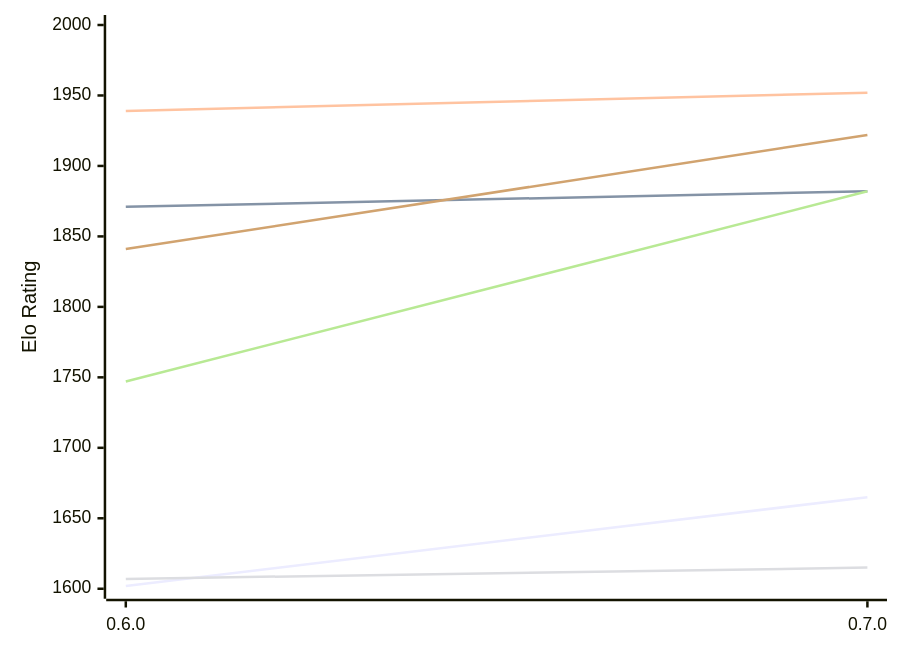
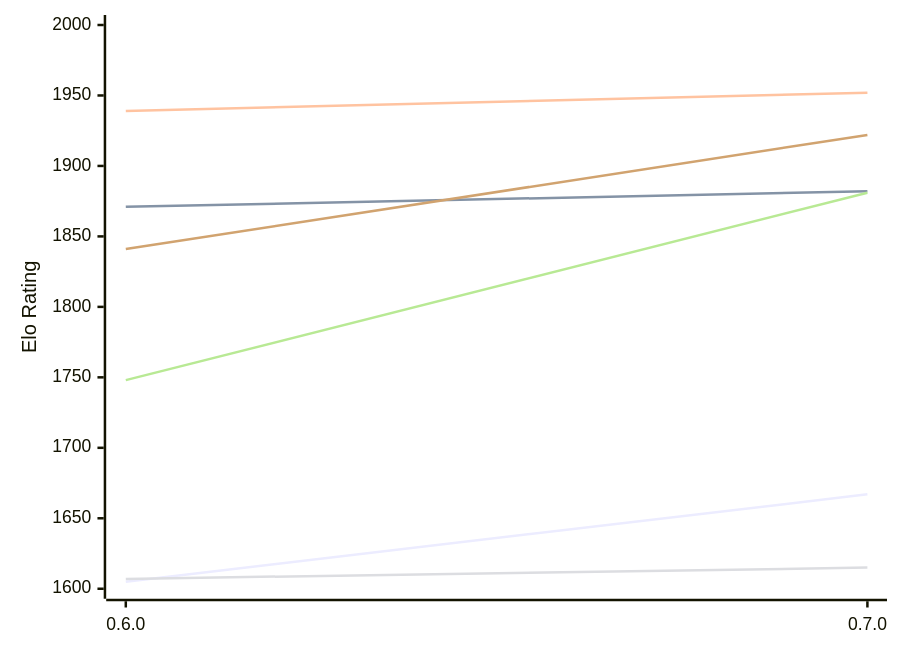
One commit to computer-chess-index/cci changed the first of 2 diagrams in engines/Chess-rs.md. Above: the diagram before and after it, drawn with Mermaid. The commit also changed other lines of this file, not shown here.

````diff
--- a/engines/Chess-rs.md
+++ b/engines/Chess-rs.md
@@ -51,12 +51,12 @@
 ```mermaid
 %%{init: {"theme":"base","themeVariables":{"seriesColors:['#a3a3a3','#222221','#faa371']}}}%%
 xychart-beta
   x-axis ["0.6.0", "0.7.0"]
   y-axis "Elo Rating" 1600 --> 2000
-  line "E1: STC (8.0+0.08s)" [1602, 1665]
+  line "E1: STC (8.0+0.08s)" [1605, 1667]
   line "E1: LTC (60.0+0.60s)" [1871, 1882]
   line "E1: VLTC (2m24s+1.12s)" [1939, 1952]
   line "P1: STC (8.0+0.08s)" [1607, 1615]
-  line "P1: LTC (60.0+0.60s)" [1747, 1882]
+  line "P1: LTC (60.0+0.60s)" [1748, 1881]
   line "P1: VLTC (2m24s+1.12s)" [1841, 1922]
 ```
````
